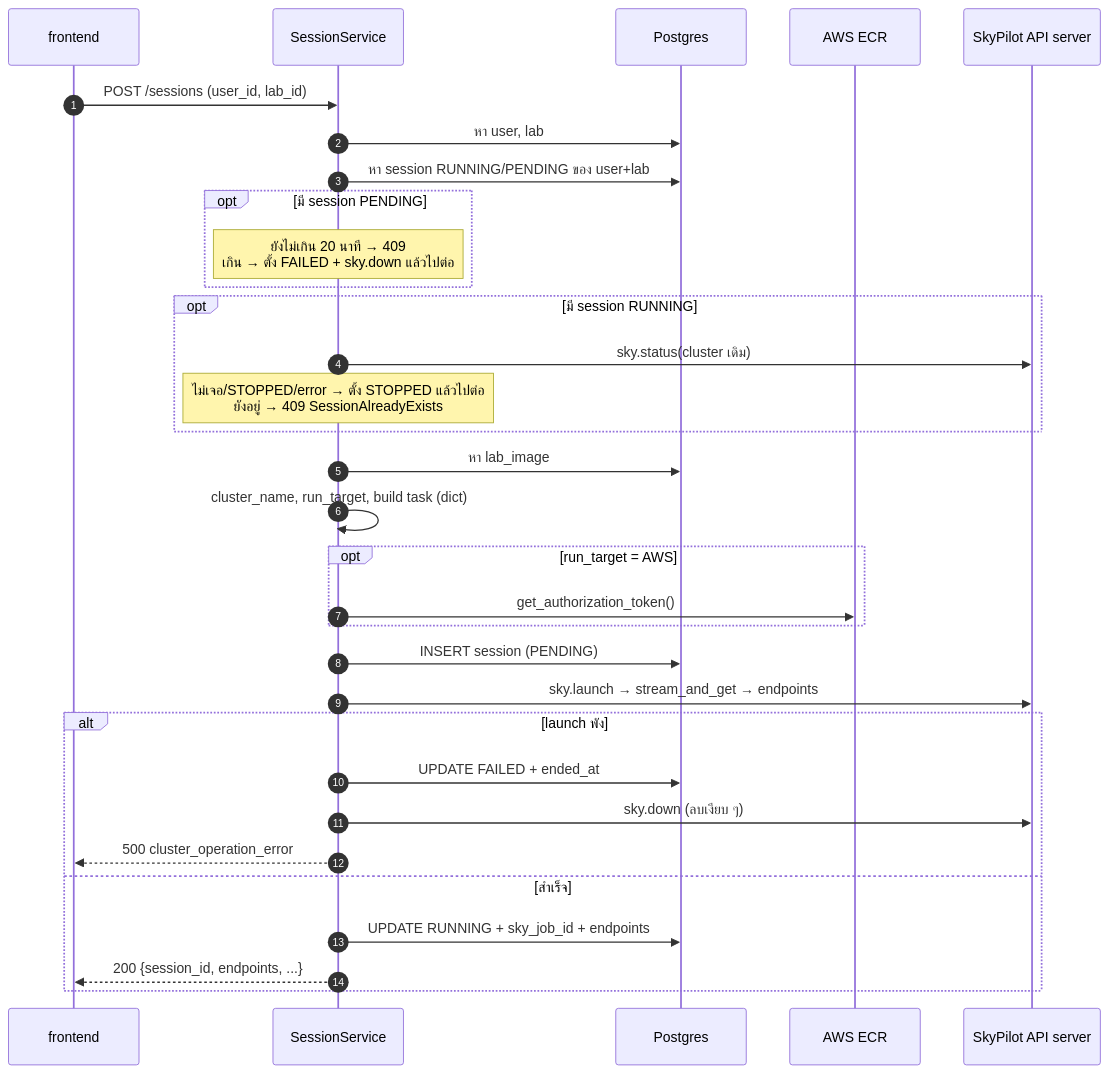
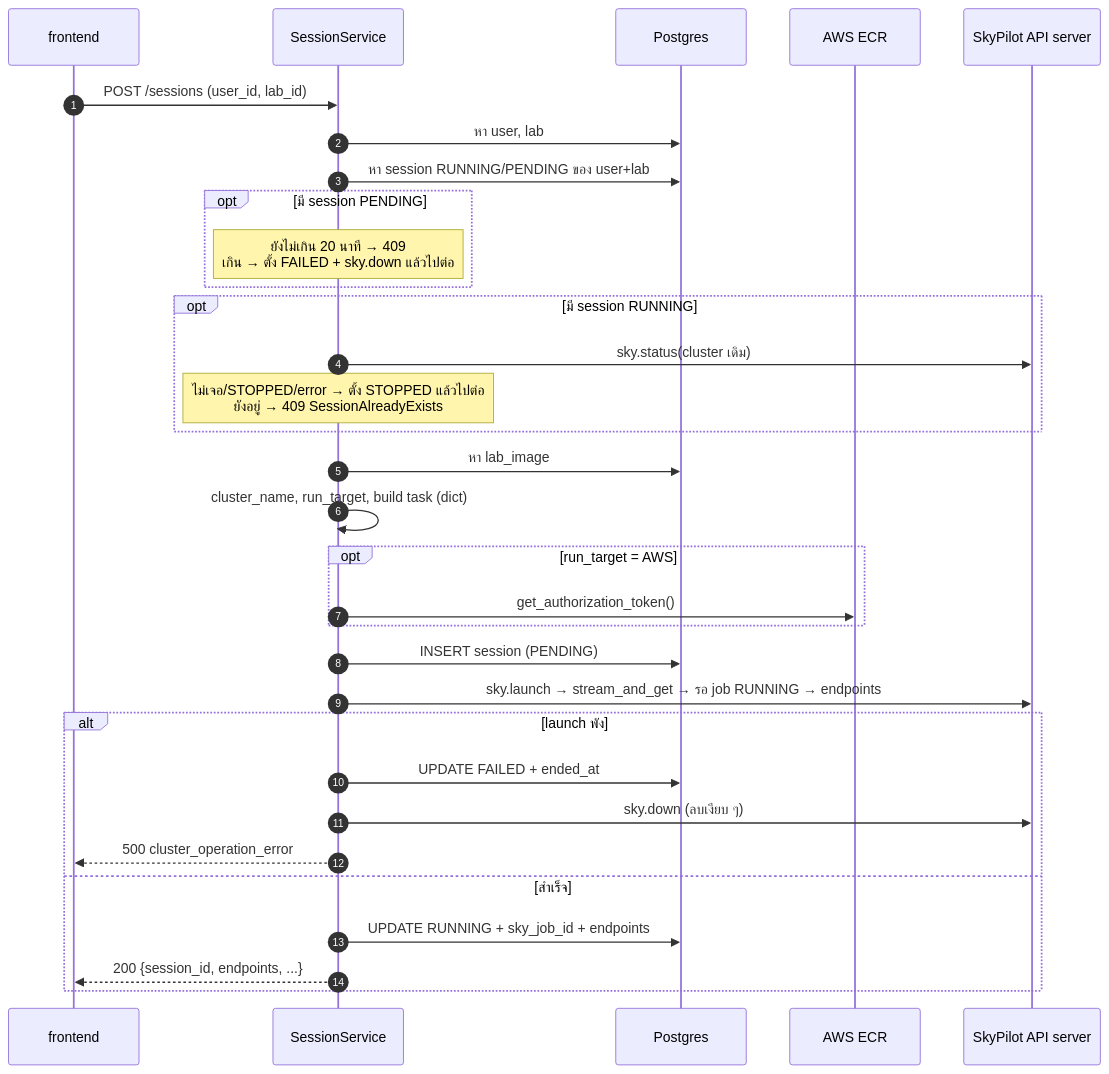
One commit to NawapatThumthaisong97/VirtualLabtest changed the diagram in docs/Flow.md. Above: the diagram before and after it, drawn with Mermaid. The commit also changed other lines of this file, not shown here.

First line of the commit message:
docs(session): เพิ่มผลเทส launch ไป AWS ใน Flow.md

````diff
--- a/docs/Flow.md
+++ b/docs/Flow.md
@@ -48,35 +48,35 @@
 ```mermaid
 sequenceDiagram
     autonumber
     participant FE as frontend
     participant SV as SessionService
     participant DB as Postgres
     participant ECR as AWS ECR
     participant SKY as SkyPilot API server
 
     FE->>SV: POST /sessions (user_id, lab_id)
     SV->>DB: หา user, lab
     SV->>DB: หา session RUNNING/PENDING ของ user+lab
     opt มี session PENDING
         Note over SV: ยังไม่เกิน 20 นาที → 409<br/>เกิน → ตั้ง FAILED + sky.down แล้วไปต่อ
     end
     opt มี session RUNNING
         SV->>SKY: sky.status(cluster เดิม)
         Note over SV: ไม่เจอ/STOPPED/error → ตั้ง STOPPED แล้วไปต่อ<br/>ยังอยู่ → 409 SessionAlreadyExists
     end
     SV->>DB: หา lab_image
     SV->>SV: cluster_name, run_target, build task (dict)
     opt run_target = AWS
         SV->>ECR: get_authorization_token()
     end
     SV->>DB: INSERT session (PENDING)
-    SV->>SKY: sky.launch → stream_and_get → endpoints
+    SV->>SKY: sky.launch → stream_and_get → รอ job RUNNING → endpoints
     alt launch พัง
         SV->>DB: UPDATE FAILED + ended_at
         SV->>SKY: sky.down (ลบเงียบ ๆ)
         SV-->>FE: 500 cluster_operation_error
     else สำเร็จ
         SV->>DB: UPDATE RUNNING + sky_job_id + endpoints
         SV-->>FE: 200 {session_id, endpoints, ...}
     end
 ```
````
